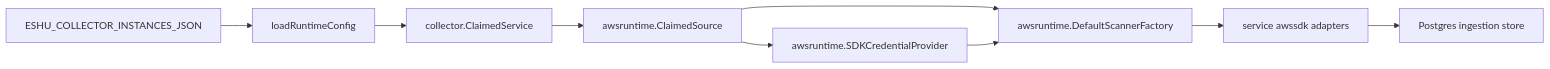
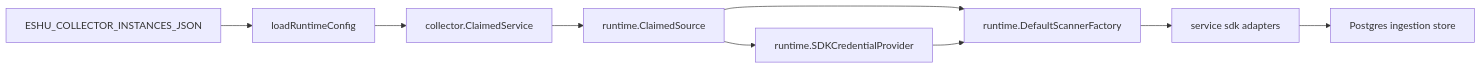
Before and after one commit to eshu-hq/eshu: the diagram in go/cmd/collector-aws-cloud/README.md, drawn with Mermaid. The commit also changed other lines of this file and 148 other files, not shown here.

````diff
--- a/go/cmd/collector-aws-cloud/README.md
+++ b/go/cmd/collector-aws-cloud/README.md
@@ -75,11 +75,11 @@
 ```mermaid
 flowchart LR
   A["ESHU_COLLECTOR_INSTANCES_JSON"] --> B["loadRuntimeConfig"]
   B --> C["collector.ClaimedService"]
-  C --> D["awsruntime.ClaimedSource"]
-  D --> E["awsruntime.SDKCredentialProvider"]
-  D --> F["awsruntime.DefaultScannerFactory"]
+  C --> D["runtime.ClaimedSource"]
+  D --> E["runtime.SDKCredentialProvider"]
+  D --> F["runtime.DefaultScannerFactory"]
   E --> F
-  F --> H["service awssdk adapters"]
+  F --> H["service sdk adapters"]
   H --> G["Postgres ingestion store"]
 ```
````
